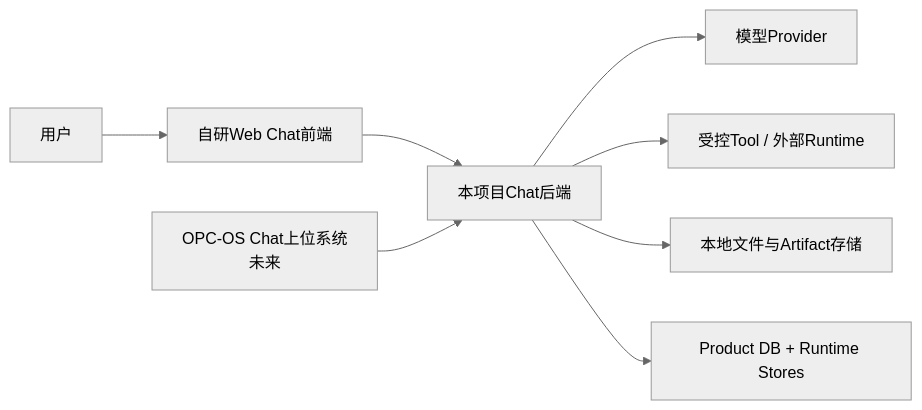
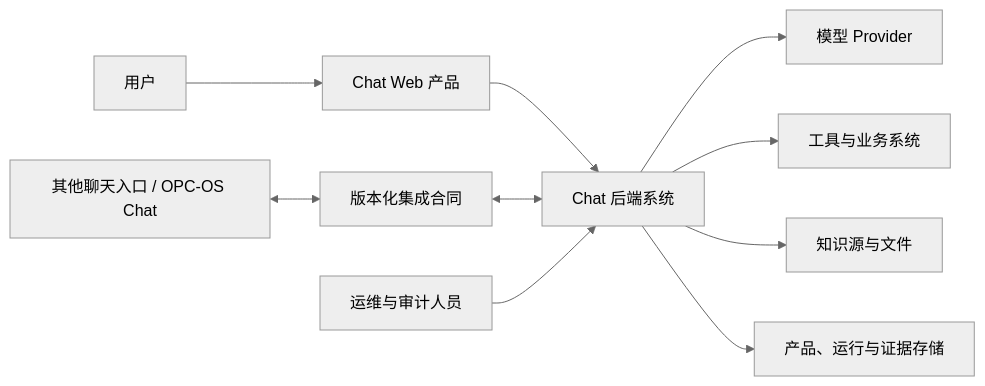
Before and after one commit to later-3/Chat: the first of 2 diagrams in docs/overall-architecture-proposal.md, drawn with Mermaid (neutral theme). The commit also changed other lines of this file and 23 other files, not shown here.

Commit message:
docs: establish independent Chat product architecture

````diff
--- a/docs/overall-architecture-proposal.md
+++ b/docs/overall-architecture-proposal.md
@@ -46,10 +64,12 @@
 ```mermaid
 flowchart LR
-    U["用户"] --> B["自研Web Chat前端"]
-    B --> C["本项目Chat后端"]
-    O["OPC-OS Chat上位系统<br/>未来"] --> C
-    C --> M["模型Provider"]
-    C --> T["受控Tool / 外部Runtime"]
-    C --> F["本地文件与Artifact存储"]
-    C --> P["Product DB + Runtime Stores"]
+    U["用户"] --> WEB["Chat Web 产品"]
+    WEB --> CHAT["Chat 后端系统"]
+    EXT["其他聊天入口 / OPC-OS Chat"] <--> IC["版本化集成合同"]
+    IC <--> CHAT
+    CHAT --> MODEL["模型 Provider"]
+    CHAT --> TOOL["工具与业务系统"]
+    CHAT --> KNOW["知识源与文件"]
+    CHAT --> STORE["产品、运行与证据存储"]
+    OPS["运维与审计人员"] --> CHAT
 ```
````
